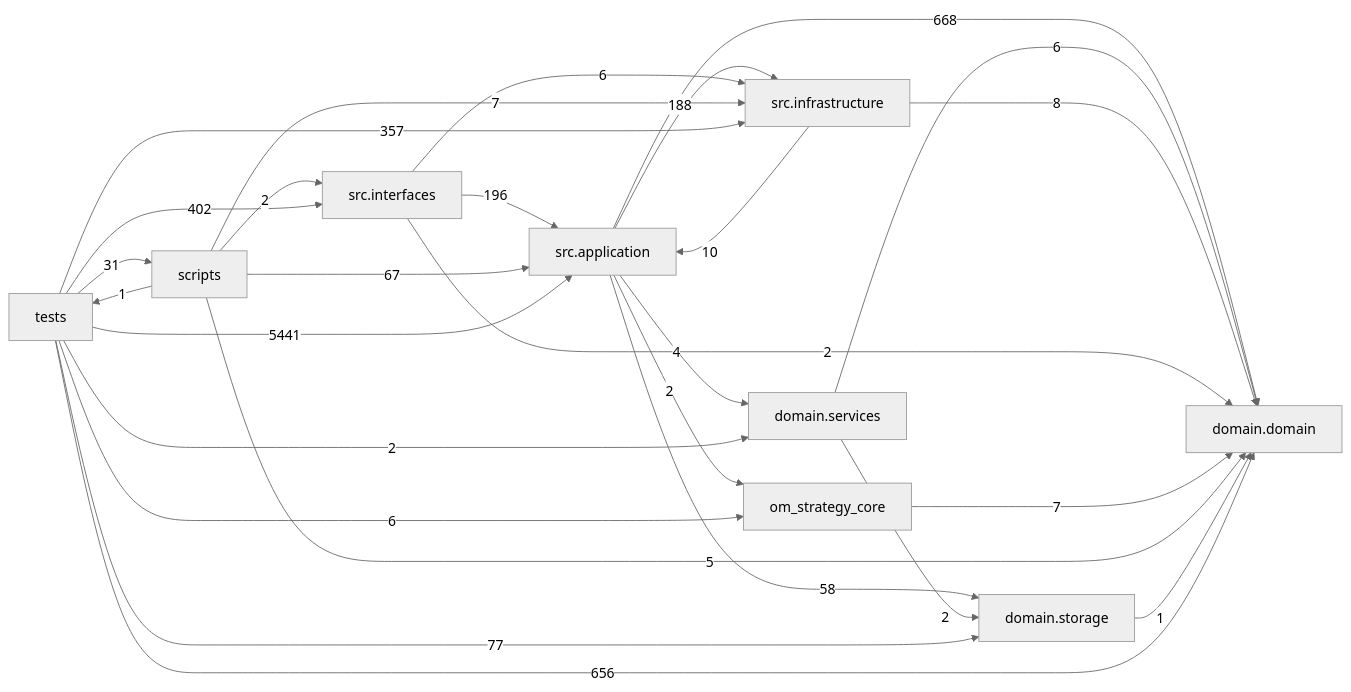
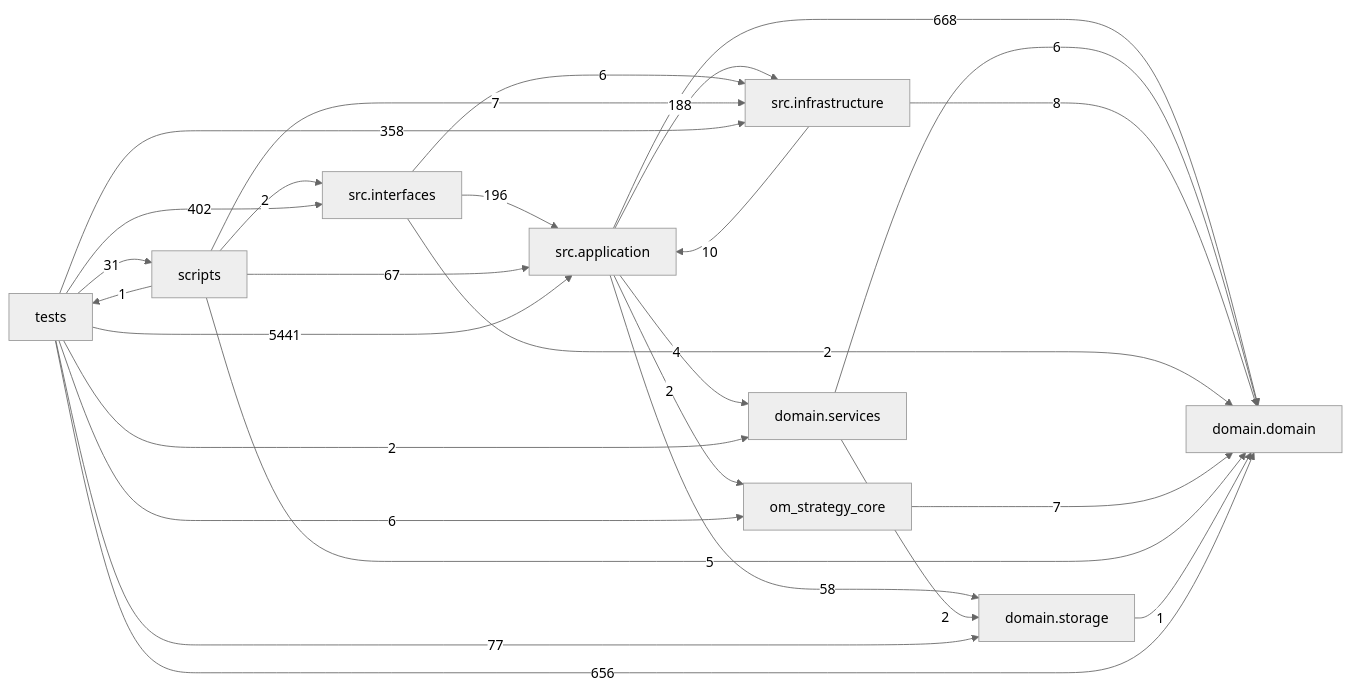
One commit to liuxie066/options-monitor changed the diagram in docs/DEPENDENCY_GRAPH.md. Above: the diagram before and after it, drawn with Mermaid (neutral theme). The commit also changed other lines of this file and 13 other files, not shown here.

````diff
--- a/docs/DEPENDENCY_GRAPH.md
+++ b/docs/DEPENDENCY_GRAPH.md
@@ -24,38 +24,38 @@
 ```mermaid
 flowchart LR
   tests["tests"]
   scripts["scripts"]
   interfaces["src.interfaces"]
   application["src.application"]
   infrastructure["src.infrastructure"]
   domain_services["domain.services"]
   domain["domain.domain"]
   storage["domain.storage"]
   application -->|668| domain
   application -->|4| domain_services
   application -->|188| infrastructure
   application -->|2| om_strategy_core
   application -->|58| storage
   domain_services -->|6| domain
   domain_services -->|2| storage
   infrastructure -->|10| application
   infrastructure -->|8| domain
   interfaces -->|196| application
   interfaces -->|2| domain
   interfaces -->|6| infrastructure
   om_strategy_core -->|7| domain
   scripts -->|67| application
   scripts -->|5| domain
   scripts -->|7| infrastructure
   scripts -->|2| interfaces
   scripts -->|1| tests
   storage -->|1| domain
   tests -->|5441| application
   tests -->|656| domain
   tests -->|2| domain_services
-  tests -->|357| infrastructure
+  tests -->|358| infrastructure
   tests -->|402| interfaces
   tests -->|6| om_strategy_core
   tests -->|31| scripts
   tests -->|77| storage
 ```
````
